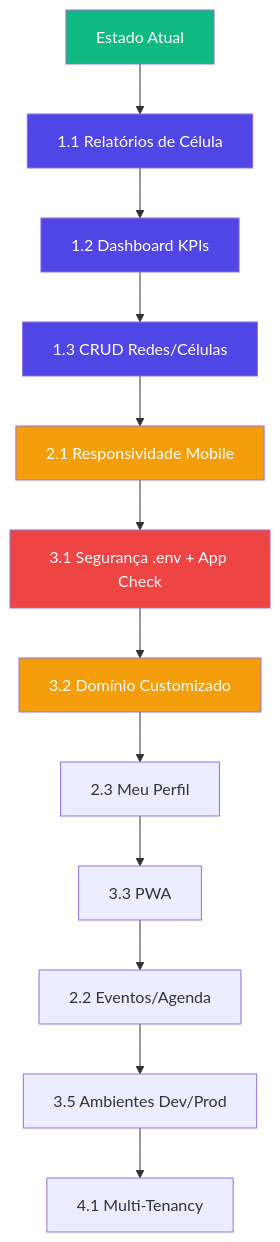
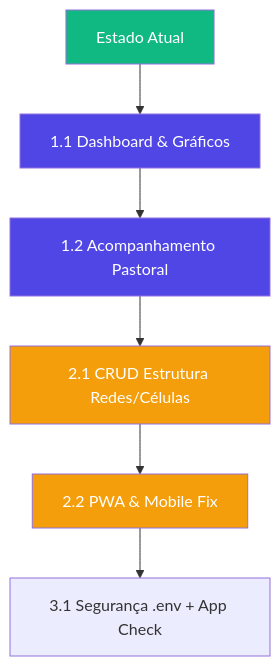
One commit to Henrique06Paiva/CellHub changed the diagram in roadmap_producao.md. Above: the diagram before and after it, drawn with Mermaid. The commit also changed other lines of this file and 7 other files, not shown here.

Commit message:
refactor: update Firestore security rules and streamline project roadmap documentation

````diff
--- a/roadmap_producao.md
+++ b/roadmap_producao.md
@@ -165,22 +73,14 @@
 ```mermaid
 graph TD
-    A[Estado Atual] --> B[1.1 Relatórios de Célula]
-    B --> C[1.2 Dashboard KPIs]
-    C --> D[1.3 CRUD Redes/Células]
-    D --> E[2.1 Responsividade Mobile]
+    A[Estado Atual] --> B[1.1 Dashboard & Gráficos]
+    B --> C[1.2 Acompanhamento Pastoral]
+    C --> D[2.1 CRUD Estrutura Redes/Células]
+    D --> E[2.2 PWA & Mobile Fix]
     E --> F[3.1 Segurança .env + App Check]
-    F --> G[3.2 Domínio Customizado]
-    G --> H[2.3 Meu Perfil]
-    H --> I[3.3 PWA]
-    I --> J[2.2 Eventos/Agenda]
-    J --> K[3.5 Ambientes Dev/Prod]
-    K --> L[4.1 Multi-Tenancy]
     
     style A fill:#10b981,color:#fff
     style B fill:#4f46e5,color:#fff
     style C fill:#4f46e5,color:#fff
-    style D fill:#4f46e5,color:#fff
+    style D fill:#f59e0b,color:#fff
     style E fill:#f59e0b,color:#fff
-    style F fill:#ef4444,color:#fff
-    style G fill:#f59e0b,color:#fff
 ```
````
